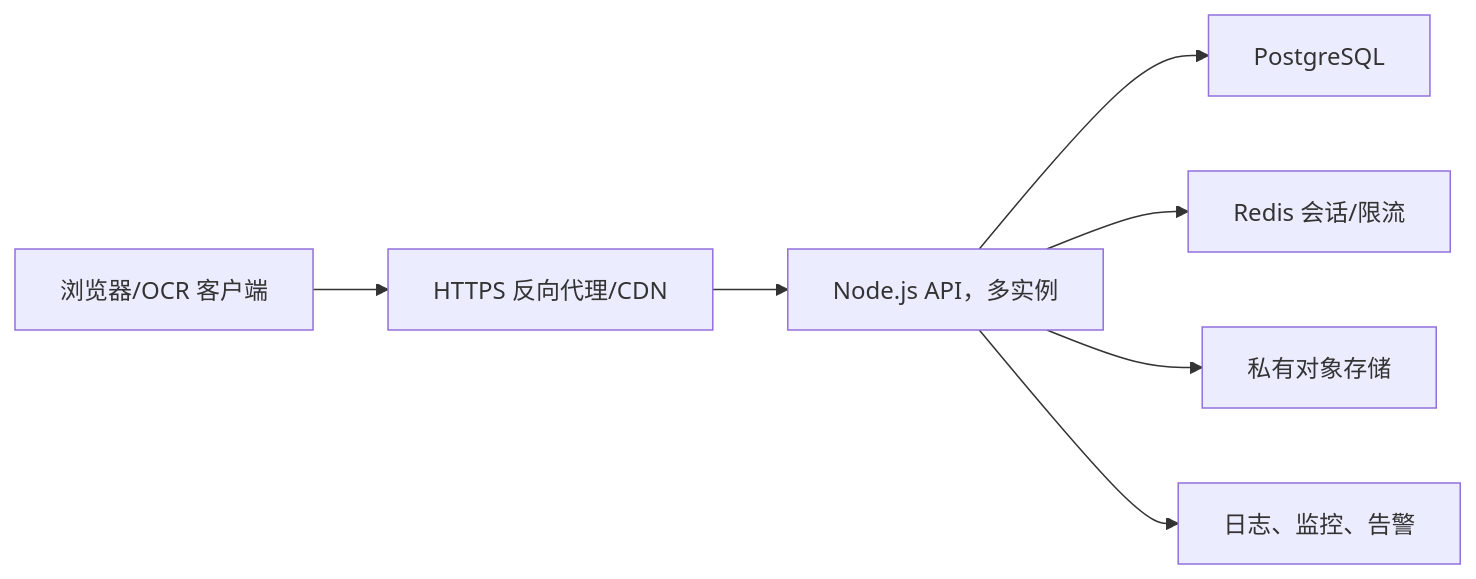
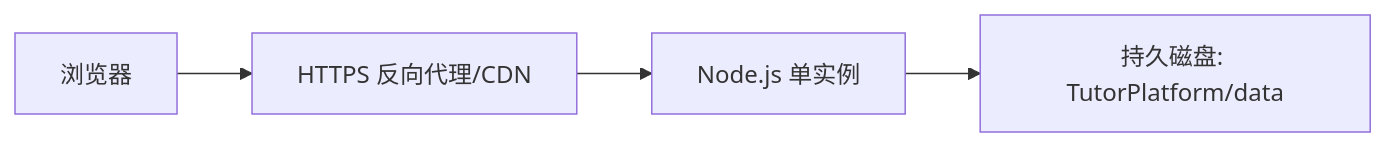
One commit to lzhdelife/shenzhen-tutor-web changed the diagram in docs/DEPLOYMENT.md. Above: the diagram before and after it, drawn with Mermaid. The commit also changed other lines of this file and 43 other files, not shown here.

Commit message:
feat: launch Shenzhen tutor web platform

````diff
--- a/docs/DEPLOYMENT.md
+++ b/docs/DEPLOYMENT.md
@@ -36,9 +17,6 @@
 ```mermaid
 flowchart LR
-    U["浏览器/OCR 客户端"] --> H["HTTPS 反向代理/CDN"]
-    H --> N["Node.js API，多实例"]
-    N --> P["PostgreSQL"]
-    N --> R["Redis 会话/限流"]
-    N --> O["私有对象存储"]
-    N --> E["日志、监控、告警"]
+    U["浏览器"] --> H["HTTPS 反向代理/CDN"]
+    H --> N["Node.js 单实例"]
+    N --> D["持久磁盘: TutorPlatform/data"]
 ```
````
